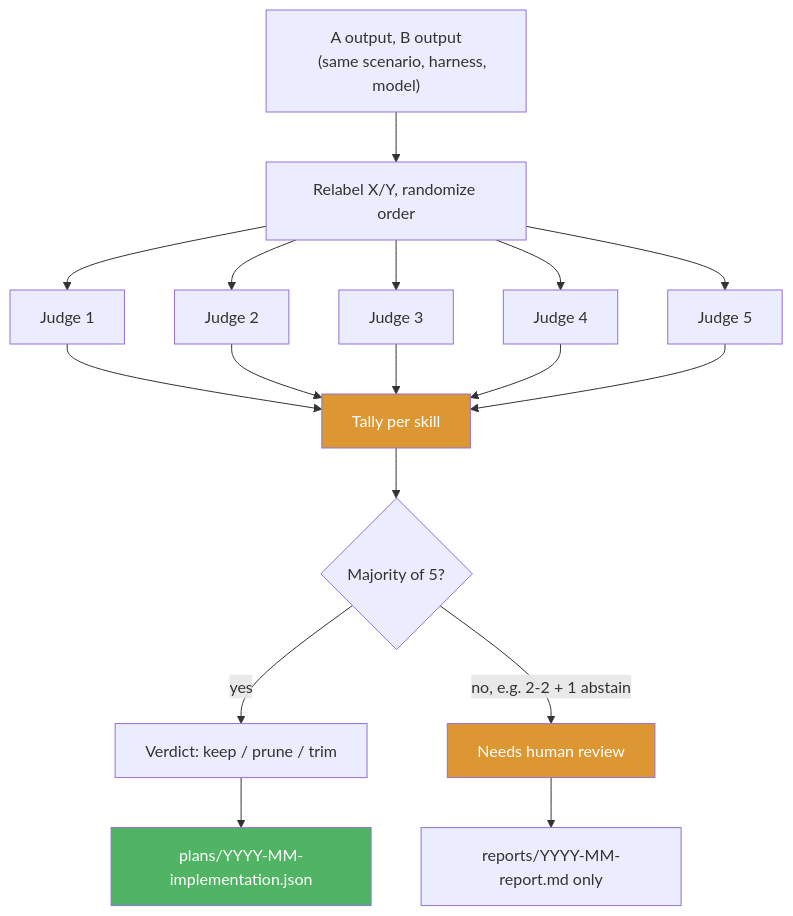
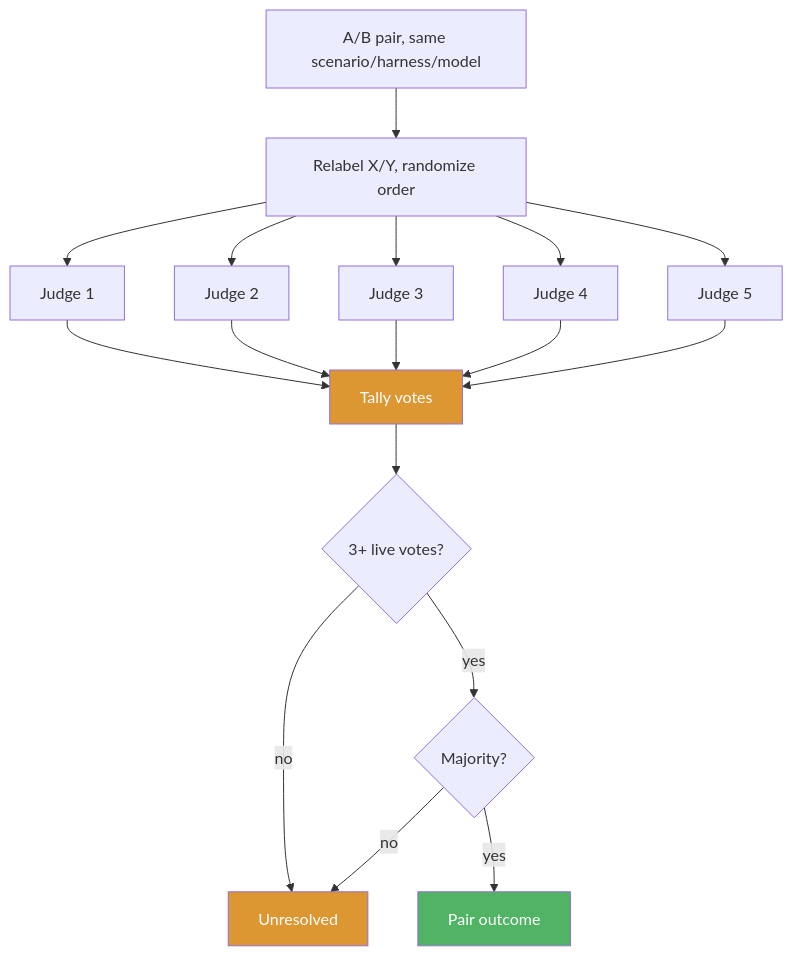
Before and after one commit to aws-solutions/konductor: the second of 2 diagrams in .konductor/designs/benchmarking/design.md, drawn with Mermaid. The commit also changed other lines of this file, not shown here.

First line of the commit message:
docs(benchmarking): rewrite as konductor-vs-vanilla screen plus per-skill ablation

````diff
--- a/.konductor/designs/benchmarking/design.md
+++ b/.konductor/designs/benchmarking/design.md
@@ -140,24 +109,23 @@
 ```mermaid
 flowchart TD
-    A["A output, B output
-    (same scenario, harness, model)"] --> R[Relabel X/Y, randomize order]
+    A[A/B pair, same scenario/harness/model] --> R[Relabel X/Y, randomize order]
     R --> J1[Judge 1]
     R --> J2[Judge 2]
     R --> J3[Judge 3]
     R --> J4[Judge 4]
     R --> J5[Judge 5]
-    J1 --> V[Tally per skill]
-    J2 --> V
-    J3 --> V
-    J4 --> V
-    J5 --> V
-    V --> M{Majority of 5?}
-    M -->|yes| K[Verdict: keep / prune / trim]
-    M -->|no, e.g. 2-2 + 1 abstain| H[Needs human review]
-    K --> P[plans/YYYY-MM-implementation.json]
-    H --> Rp[reports/YYYY-MM-report.md only]
+    J1 --> T[Tally votes]
+    J2 --> T
+    J3 --> T
+    J4 --> T
+    J5 --> T
+    T --> M{3+ live votes?}
+    M -->|no| U[Unresolved]
+    M -->|yes| P{Majority?}
+    P -->|yes| O[Pair outcome]
+    P -->|no| U
 
-    style V fill:#dc9632,color:#fff
-    style H fill:#dc9632,color:#fff
-    style P fill:#50b464,color:#fff
+    style T fill:#dc9632,color:#fff
+    style U fill:#dc9632,color:#fff
+    style O fill:#50b464,color:#fff
 ```
````
